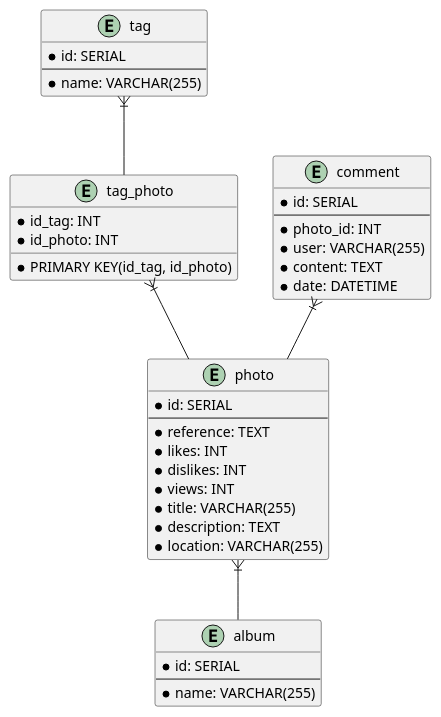
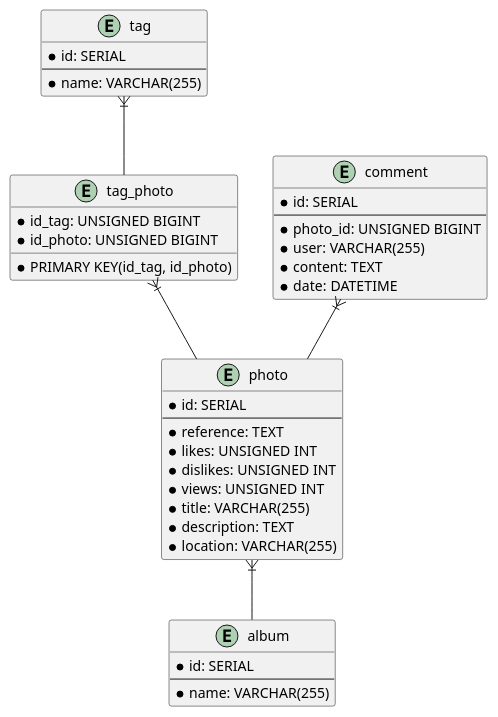
The diagram in docs/Fizyczny.puml (kubaczak/galeriaPAI), drawn with PlantUML before and after one commit.

```diff
--- a/docs/Fizyczny.puml
+++ b/docs/Fizyczny.puml
@@ -1,46 +1,46 @@
 @startuml fizyczny
 entity album{
   * id: SERIAL
   --
   * name: VARCHAR(255)
 }
 
 entity photo{
   * id: SERIAL
   --
   * reference: TEXT
-  * likes: INT
-  * dislikes: INT
-  * views: INT
+  * likes: UNSIGNED INT
+  * dislikes: UNSIGNED INT
+  * views: UNSIGNED INT
   * title: VARCHAR(255)
   * description: TEXT
   * location: VARCHAR(255)
 }
 
 entity tag{
   * id: SERIAL
   --
   * name: VARCHAR(255)
 }
 
 entity tag_photo{
   * PRIMARY KEY(id_tag, id_photo)
-  * id_tag: INT
-  * id_photo: INT
+  * id_tag: UNSIGNED BIGINT
+  * id_photo: UNSIGNED BIGINT
 }
 
 entity comment{
   * id: SERIAL
   --
-  * photo_id: INT
+  * photo_id: UNSIGNED BIGINT
   * user: VARCHAR(255)
   * content: TEXT
   * date: DATETIME
 }
 
 
 photo }|-- album
 comment }|-- photo
 tag_photo }|-- photo
 tag }|-- tag_photo
 @enduml
```
